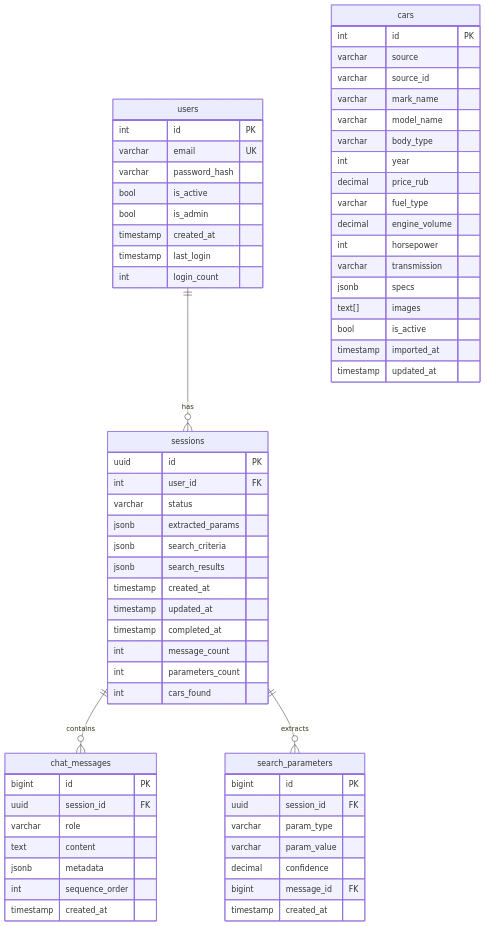
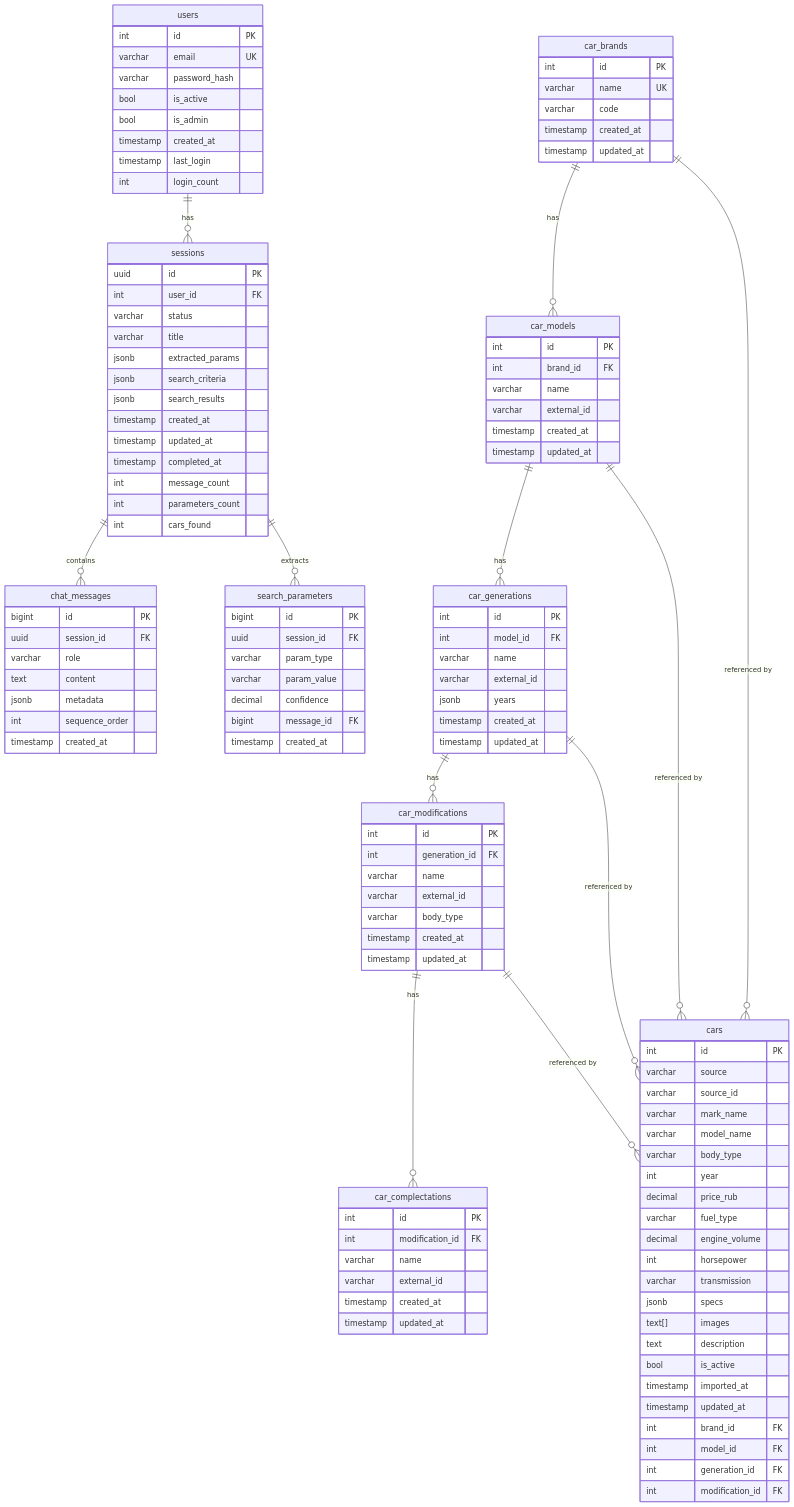
One commit to JuliaMatsievich/CarMatch changed the third of 3 diagrams in CarMatch_Implementation_Spec.md. Above: the diagram before and after it, drawn with Mermaid. The commit also changed other lines of this file and 79 other files, not shown here.

```diff
--- a/CarMatch_Implementation_Spec.md
+++ b/CarMatch_Implementation_Spec.md
@@ -124,6 +139,7 @@
         uuid id PK
         int user_id FK
         varchar status
+        varchar title
         jsonb extracted_params
         jsonb search_criteria
         jsonb search_results
@@ -145,6 +161,62 @@
         timestamp created_at
     }
 
+    car_brands ||--o{ car_models : "has"
+    car_models ||--o{ car_generations : "has"
+    car_generations ||--o{ car_modifications : "has"
+    car_modifications ||--o{ car_complectations : "has"
+
+    car_brands ||--o{ cars : "referenced by"
+    car_models ||--o{ cars : "referenced by"
+    car_generations ||--o{ cars : "referenced by"
+    car_modifications ||--o{ cars : "referenced by"
+
+    car_brands {
+        int id PK
+        varchar name UK
+        varchar code
+        timestamp created_at
+        timestamp updated_at
+    }
+
+    car_models {
+        int id PK
+        int brand_id FK
+        varchar name
+        varchar external_id
+        timestamp created_at
+        timestamp updated_at
+    }
+
+    car_generations {
+        int id PK
+        int model_id FK
+        varchar name
+        varchar external_id
+        jsonb years
+        timestamp created_at
+        timestamp updated_at
+    }
+
+    car_modifications {
+        int id PK
+        int generation_id FK
+        varchar name
+        varchar external_id
+        varchar body_type
+        timestamp created_at
+        timestamp updated_at
+    }
+
+    car_complectations {
+        int id PK
+        int modification_id FK
+        varchar name
+        varchar external_id
+        timestamp created_at
+        timestamp updated_at
+    }
+
     cars {
         int id PK
         varchar source
@@ -160,9 +232,14 @@
         varchar transmission
         jsonb specs
         text[] images
+        text description
         bool is_active
         timestamp imported_at
         timestamp updated_at
+        int brand_id FK
+        int model_id FK
+        int generation_id FK
+        int modification_id FK
     }
 
     search_parameters {
```
